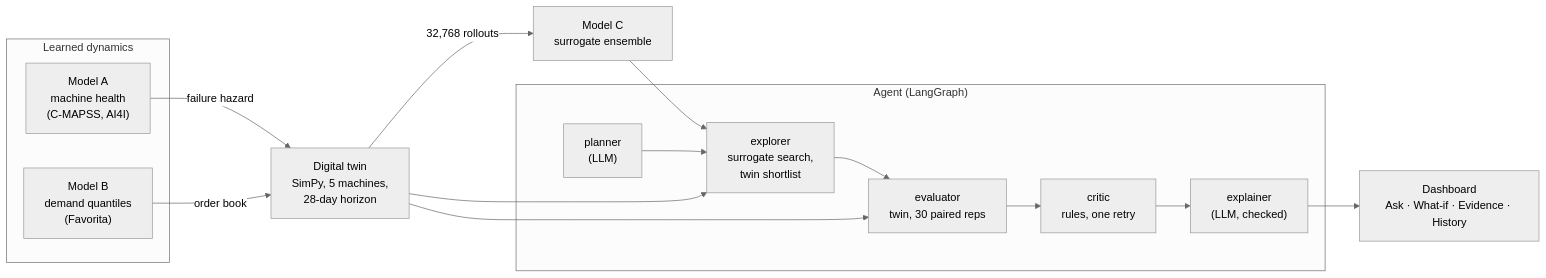
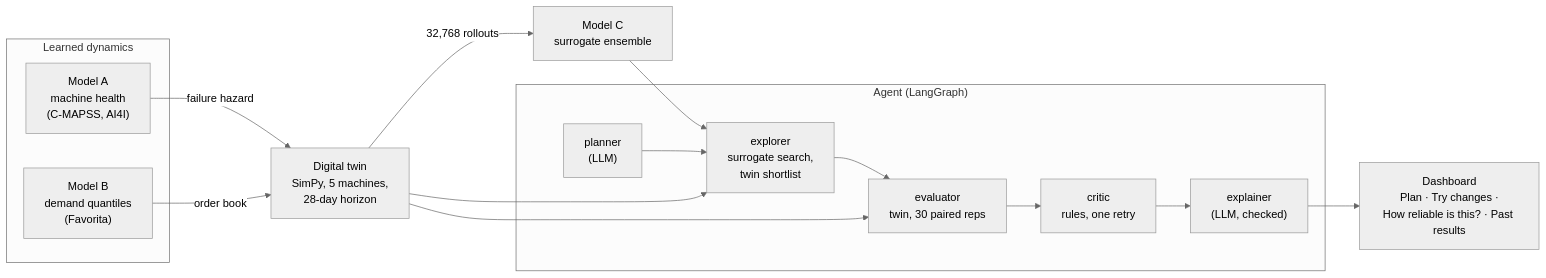
One commit to harvik07/twinmind changed the diagram in README.md. Above: the diagram before and after it, drawn with Mermaid (neutral theme). The commit also changed other lines of this file and 33 other files, not shown here.

````diff
--- a/README.md
+++ b/README.md
@@ -19,20 +21,20 @@
 ```mermaid
 flowchart LR
     subgraph Learned dynamics
         A["Model A<br/>machine health<br/>(C-MAPSS, AI4I)"]
         B["Model B<br/>demand quantiles<br/>(Favorita)"]
     end
     A -- failure hazard --> T["Digital twin<br/>SimPy, 5 machines,<br/>28-day horizon"]
     B -- order book --> T
     T -- 32,768 rollouts --> C["Model C<br/>surrogate ensemble"]
     subgraph Agent ["Agent (LangGraph)"]
         P["planner<br/>(LLM)"] --> E["explorer<br/>surrogate search,<br/>twin shortlist"]
         E --> V["evaluator<br/>twin, 30 paired reps"]
         V --> K["critic<br/>rules, one retry"]
         K --> X["explainer<br/>(LLM, checked)"]
     end
     C --> E
     T --> E
     T --> V
-    X --> D["Dashboard<br/>Ask · What-if · Evidence · History"]
+    X --> D["Dashboard<br/>Plan · Try changes ·<br/>How reliable is this? · Past results"]
 ```
````
